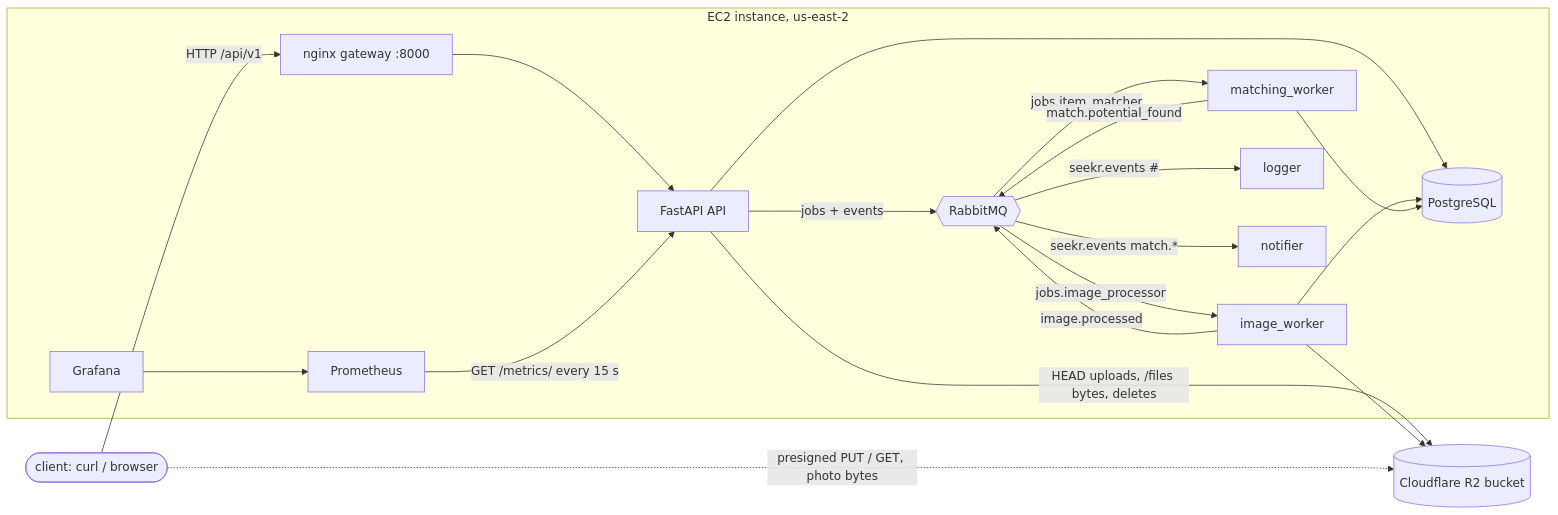
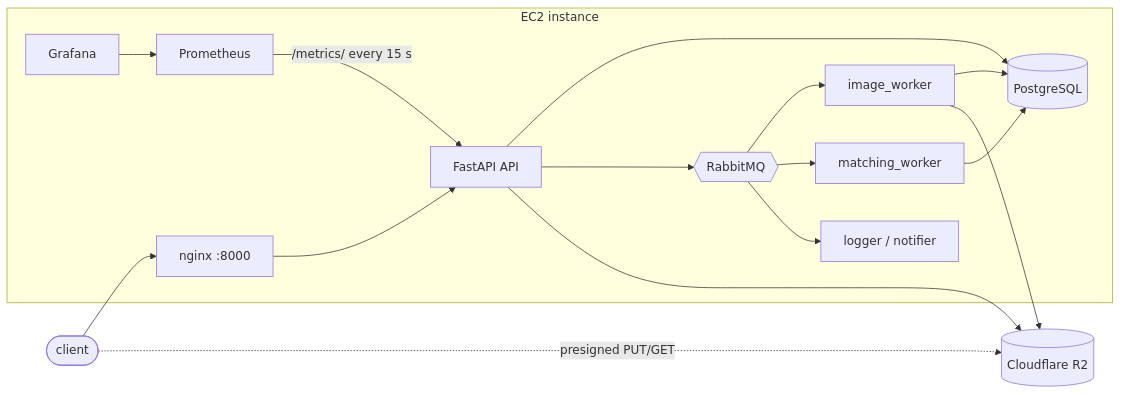
The first of 2 diagrams in final_product/ARCHITECTURE.md (Snazzy11/ITC-531-Group-Project), drawn with Mermaid before and after one commit. The commit also changed other lines of this file and 12 other files, not shown here.

````diff
--- a/final_product/ARCHITECTURE.md
+++ b/final_product/ARCHITECTURE.md
@@ -22,34 +8,21 @@
 ```mermaid
 flowchart LR
-    client([client: curl / browser])
-    subgraph ec2 [EC2 instance, us-east-2]
-        gw[nginx gateway :8000]
-        app[FastAPI API]
-        db[(PostgreSQL)]
-        mq{{RabbitMQ}}
-        iw[image_worker]
-        mw[matching_worker]
-        lg[logger]
-        nt[notifier]
-        prom[Prometheus]
-        graf[Grafana]
+    client([client])
+    subgraph ec2 [EC2 instance]
+        gw[nginx :8000] --> app[FastAPI API]
+        app --> db[(PostgreSQL)]
+        app --> mq{{RabbitMQ}}
+        mq --> iw[image_worker]
+        mq --> mw[matching_worker]
+        mq --> lg[logger / notifier]
+        iw --> db
+        mw --> db
+        prom[Prometheus] -->|/metrics/ every 15 s| app
+        graf[Grafana] --> prom
     end
-    r2[(Cloudflare R2 bucket)]
-
-    client -->|HTTP /api/v1| gw --> app
-    client -.->|presigned PUT / GET, photo bytes| r2
-    app --> db
-    app -->|jobs + events| mq
-    app -->|HEAD uploads, /files bytes, deletes| r2
-    mq -->|jobs.image_processor| iw
-    mq -->|jobs.item_matcher| mw
-    mq -->|seekr.events #| lg
-    mq -->|seekr.events match.*| nt
+    r2[(Cloudflare R2)]
+    client --> gw
+    client -.->|presigned PUT/GET| r2
+    app --> r2
     iw --> r2
-    iw --> db
-    mw --> db
-    iw -->|image.processed| mq
-    mw -->|match.potential_found| mq
-    prom -->|GET /metrics/ every 15 s| app
-    graf --> prom
 ```
````
